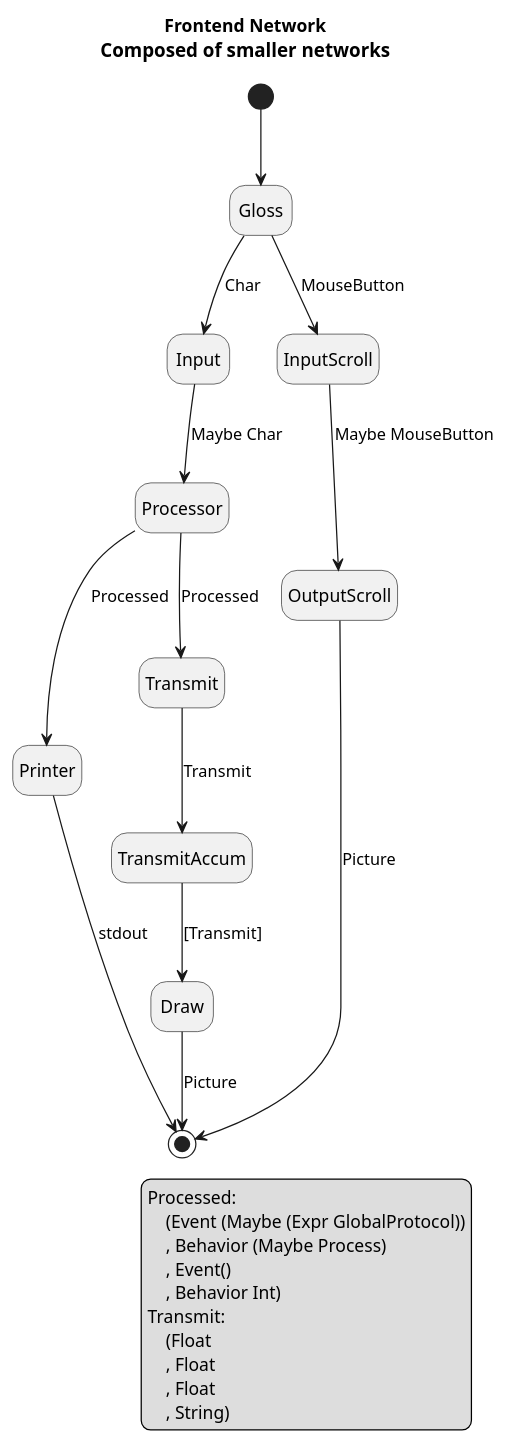
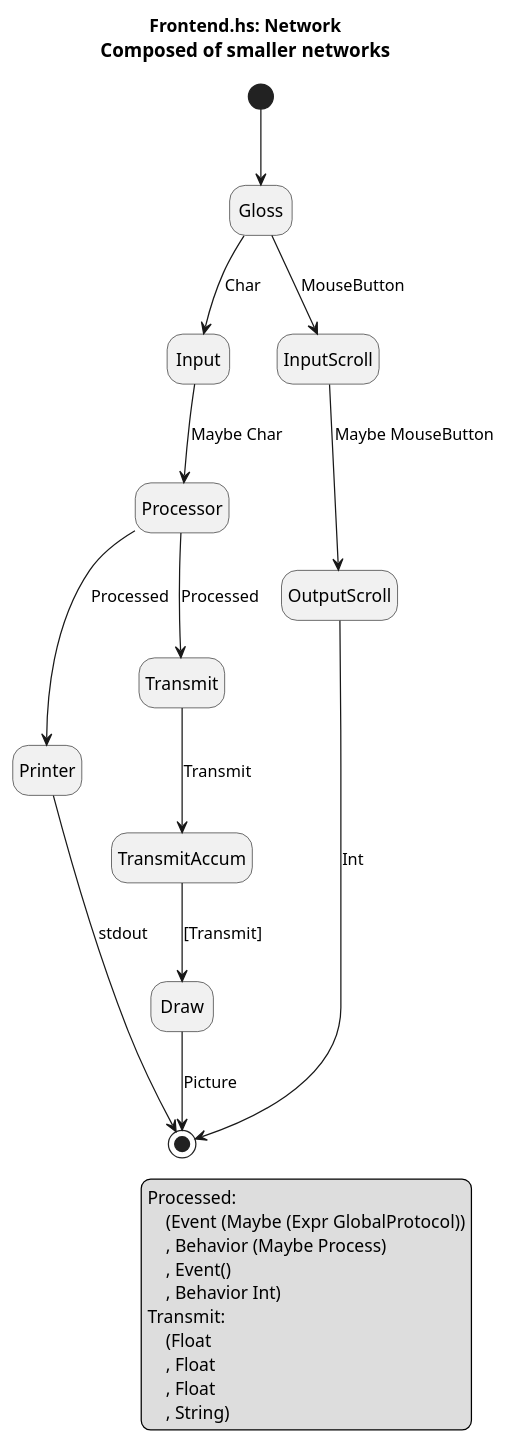
The diagram in ecce/network.pu (DistriLab/msess-visualizer), drawn with PlantUML before and after one commit. The commit also changed 1 other file, not shown here.

Commit message:
Add filenames to UML titles

```diff
--- a/ecce/network.pu
+++ b/ecce/network.pu
@@ -1,36 +1,36 @@
 @startuml
 
 hide empty description
 
-title Frontend Network\n<size:15>Composed of smaller networks</size>
+title Frontend.hs: Network\n<size:15>Composed of smaller networks</size>
 
 [*] --> Gloss
 Processor --> Printer: Processed
 
 Gloss --> Input: Char
 Input --> Processor: Maybe Char
 Processor --> Transmit: Processed
 Transmit --> TransmitAccum: Transmit
 TransmitAccum --> Draw: [Transmit]
 
 Gloss --> InputScroll: MouseButton
 InputScroll --> OutputScroll: Maybe MouseButton
 
 Draw --> [*]: Picture
-OutputScroll --> [*]: Picture
+OutputScroll --> [*]: Int
 Printer --> [*]: stdout
 
 legend right
     Processed:
         (Event (Maybe (Expr GlobalProtocol))
         , Behavior (Maybe Process)
         , Event()
         , Behavior Int)
     Transmit:
         (Float
         , Float
         , Float
         , String)
 endlegend
 
 @enduml
```
